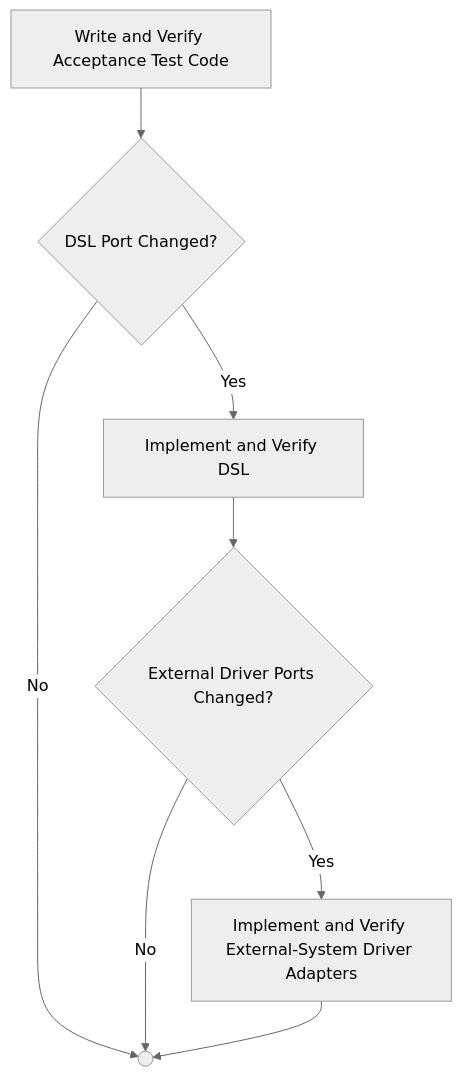
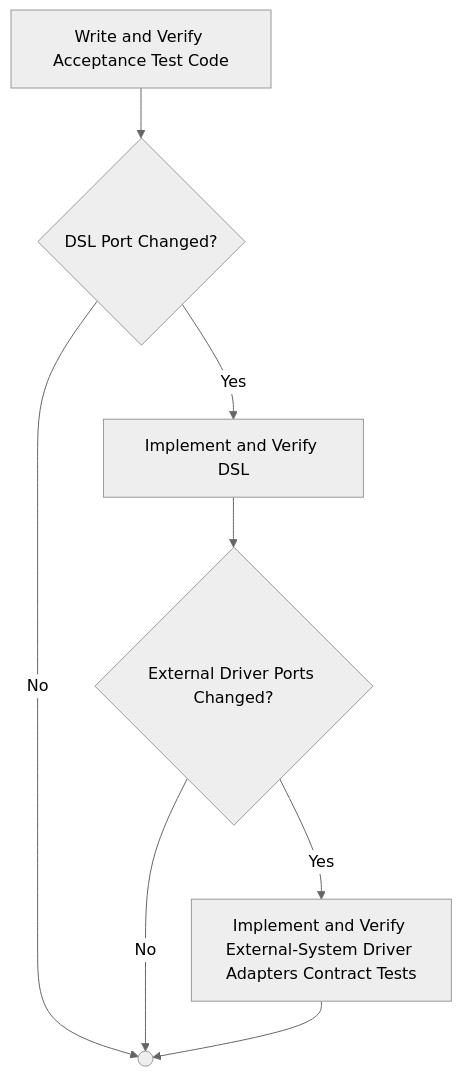
One commit to optivem/gh-optivem changed diagram 15 of 52 in docs/process-diagram.md. Above: the diagram before and after it, drawn with Mermaid (neutral theme). The commit also changed other lines of this file and 36 other files, not shown here.

Commit message:
atdd: regenerate process-flow diagram

````diff
--- a/docs/process-diagram.md
+++ b/docs/process-diagram.md
@@ -285,17 +285,17 @@
 ```mermaid
 flowchart TD
     GATE_DSL_PORT_CHANGED{DSL Port Changed?}
     GATE_EXTERNAL_DRIVER_PORTS_CHANGED{External Driver Ports Changed?}
     IMPLEMENT_AND_VERIFY_DSL[Implement and Verify DSL]
-    IMPLEMENT_AND_VERIFY_EXTERNAL_DRIVER_ADAPTERS[Implement and Verify External-System Driver Adapters]
+    IMPLEMENT_AND_VERIFY_EXTERNAL_DRIVER_ADAPTERS[Implement and Verify External-System Driver Adapters Contract Tests]
     SHARED_CONTRACT_END(( ))
     WRITE_AND_VERIFY_ACCEPTANCE_TEST_CODE[Write and Verify Acceptance Test Code]
 
     WRITE_AND_VERIFY_ACCEPTANCE_TEST_CODE --> GATE_DSL_PORT_CHANGED
     GATE_DSL_PORT_CHANGED -- Yes --> IMPLEMENT_AND_VERIFY_DSL
     GATE_DSL_PORT_CHANGED -- No --> SHARED_CONTRACT_END
     IMPLEMENT_AND_VERIFY_DSL --> GATE_EXTERNAL_DRIVER_PORTS_CHANGED
     GATE_EXTERNAL_DRIVER_PORTS_CHANGED -- Yes --> IMPLEMENT_AND_VERIFY_EXTERNAL_DRIVER_ADAPTERS
     GATE_EXTERNAL_DRIVER_PORTS_CHANGED -- No --> SHARED_CONTRACT_END
     IMPLEMENT_AND_VERIFY_EXTERNAL_DRIVER_ADAPTERS --> SHARED_CONTRACT_END
 ```
````
